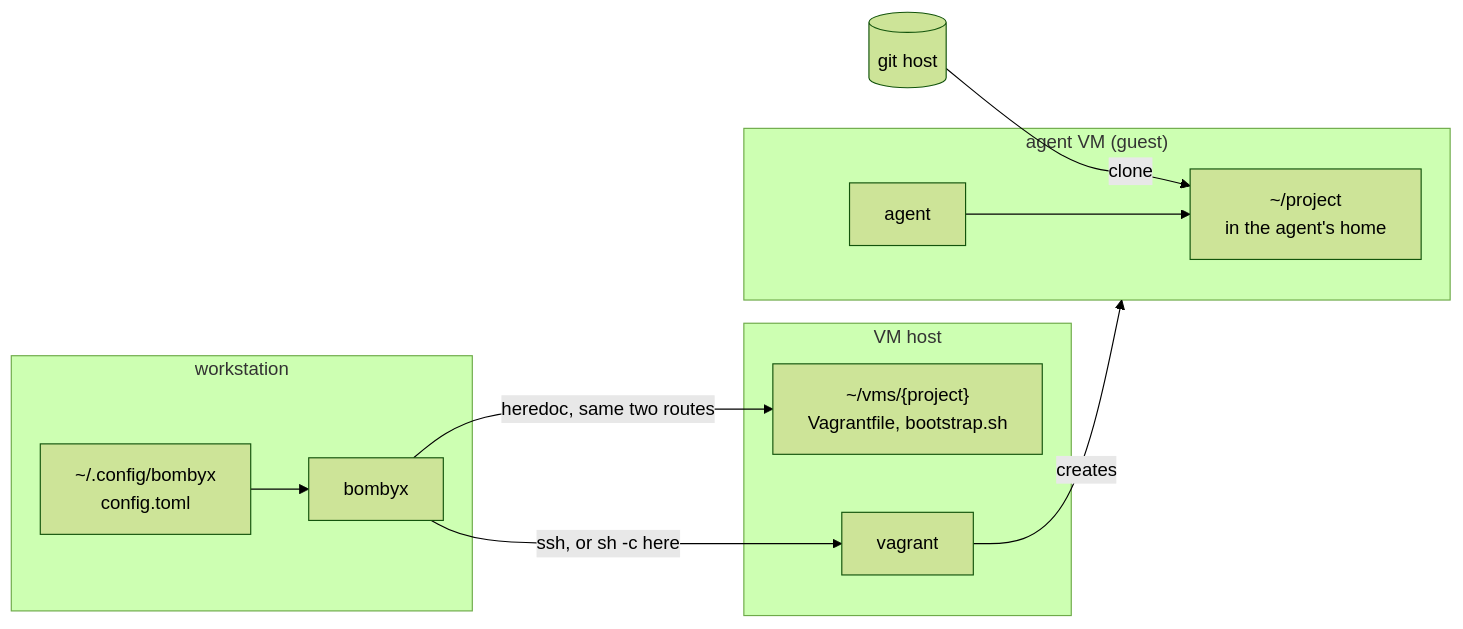
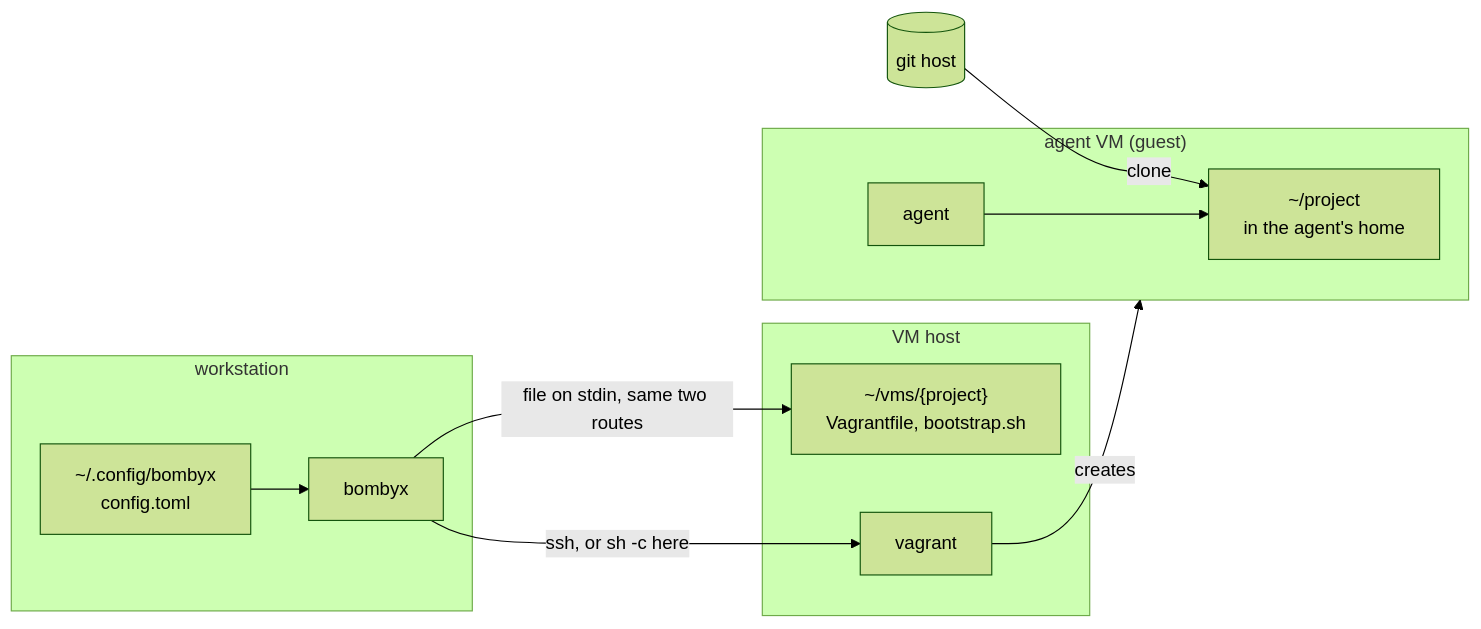
The first of 6 diagrams in docs/architecture.md (breki/bombyx), drawn with Mermaid (forest theme) before and after one commit. The commit also changed other lines of this file and 15 other files, not shown here.

````diff
--- a/docs/architecture.md
+++ b/docs/architecture.md
@@ -10,26 +10,26 @@
 ```mermaid
 flowchart LR
   subgraph ws["workstation"]
     reg["~/.config/bombyx<br/>config.toml"]
     cli["bombyx"]
   end
 
   subgraph host["VM host"]
     dir["~/vms/{project}<br/>Vagrantfile, bootstrap.sh"]
     vg["vagrant"]
   end
 
   subgraph guest["agent VM (guest)"]
     clone["~/project<br/>in the agent's home"]
     agent["agent"]
   end
 
   git[("git host")]
 
   reg --> cli
   cli -- "ssh, or sh -c here" --> vg
-  cli -- "heredoc, same two routes" --> dir
+  cli -- "file on stdin, same two routes" --> dir
   vg -- creates --> guest
   git -- clone --> clone
   agent --> clone
 ```
````
